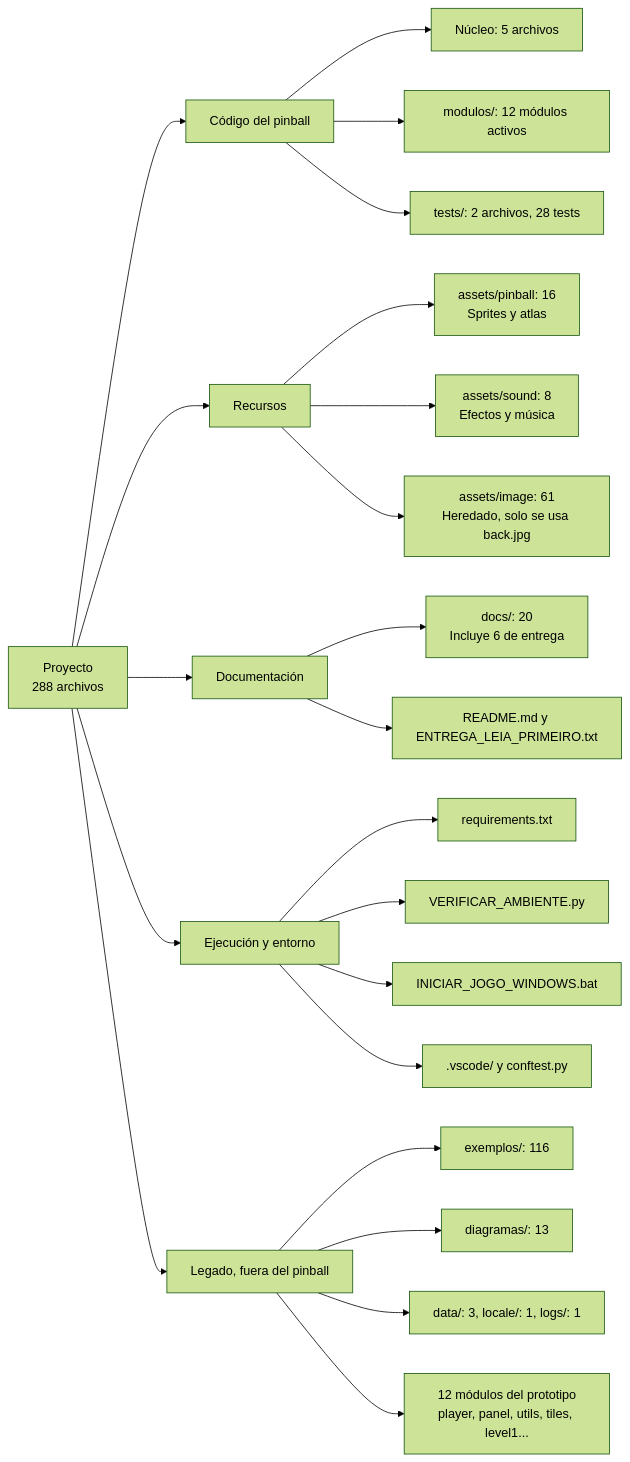
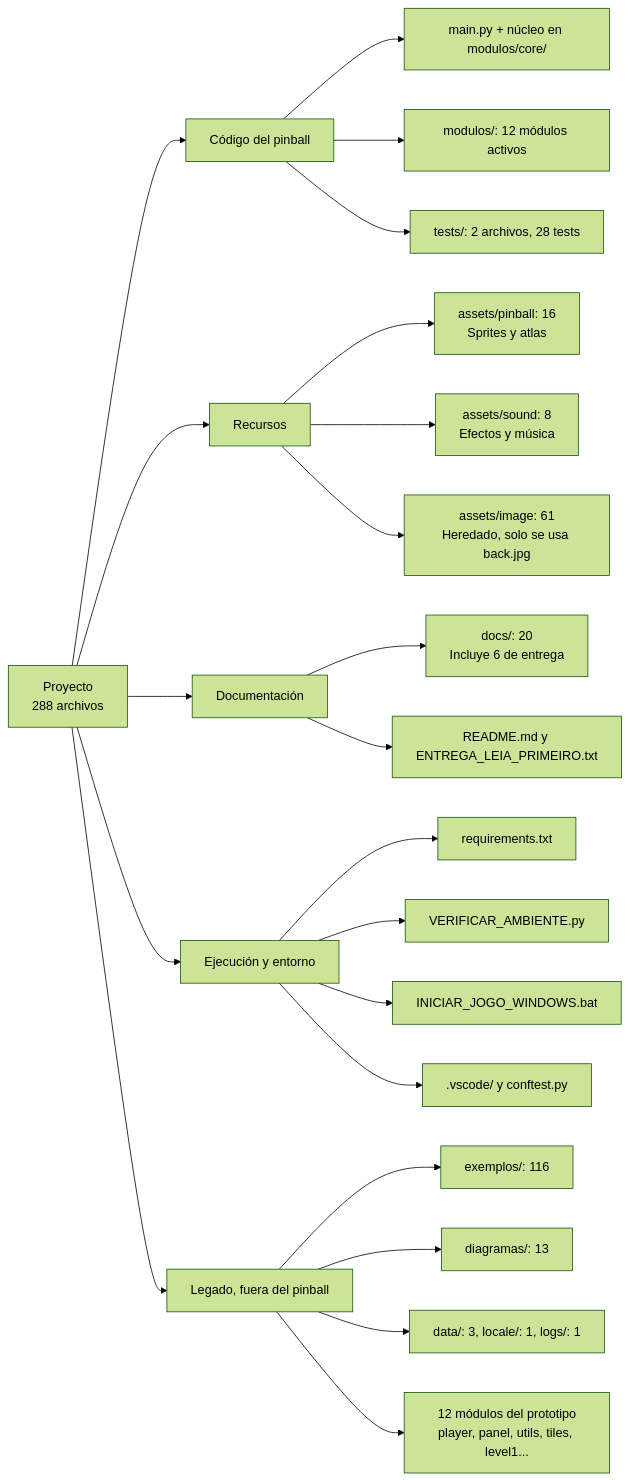
Before and after one commit to EthanAbner/TAC-III-Pinball: the second of 2 diagrams in docs/resumen_arquitectura.md, drawn with Mermaid (forest theme). The commit also changed other lines of this file and 27 other files, not shown here.

First line of the commit message:
Mover núcleo do jogo para modulos/ e remover cópias da raiz

````diff
--- a/docs/resumen_arquitectura.md
+++ b/docs/resumen_arquitectura.md
@@ -70,30 +70,30 @@
 ```mermaid
 flowchart LR
     ROOT["Proyecto<br/>288 archivos"]
 
     ROOT --> CODE["Código del pinball"]
-    CODE --> C1["Núcleo: 5 archivos"]
+    CODE --> C1["main.py + núcleo en modulos/core/"]
     CODE --> C2["modulos/: 12 módulos activos"]
     CODE --> C3["tests/: 2 archivos, 28 tests"]
 
     ROOT --> RES["Recursos"]
     RES --> R1["assets/pinball: 16<br/>Sprites y atlas"]
     RES --> R2["assets/sound: 8<br/>Efectos y música"]
     RES --> R3["assets/image: 61<br/>Heredado, solo se usa back.jpg"]
 
     ROOT --> DOC["Documentación"]
     DOC --> D1["docs/: 20<br/>Incluye 6 de entrega"]
     DOC --> D2["README.md y ENTREGA_LEIA_PRIMEIRO.txt"]
 
     ROOT --> SETUP["Ejecución y entorno"]
     SETUP --> S1["requirements.txt"]
     SETUP --> S2["VERIFICAR_AMBIENTE.py"]
     SETUP --> S3["INICIAR_JOGO_WINDOWS.bat"]
     SETUP --> S4[".vscode/ y conftest.py"]
 
     ROOT --> OLD["Legado, fuera del pinball"]
     OLD --> O1["exemplos/: 116"]
     OLD --> O2["diagramas/: 13"]
     OLD --> O3["data/: 3, locale/: 1, logs/: 1"]
     OLD --> O4["12 módulos del prototipo<br/>player, panel, utils, tiles, level1..."]
 ```
````
